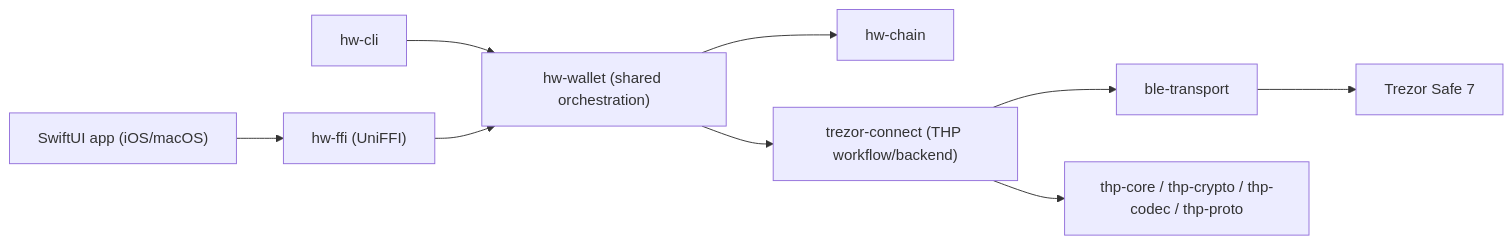
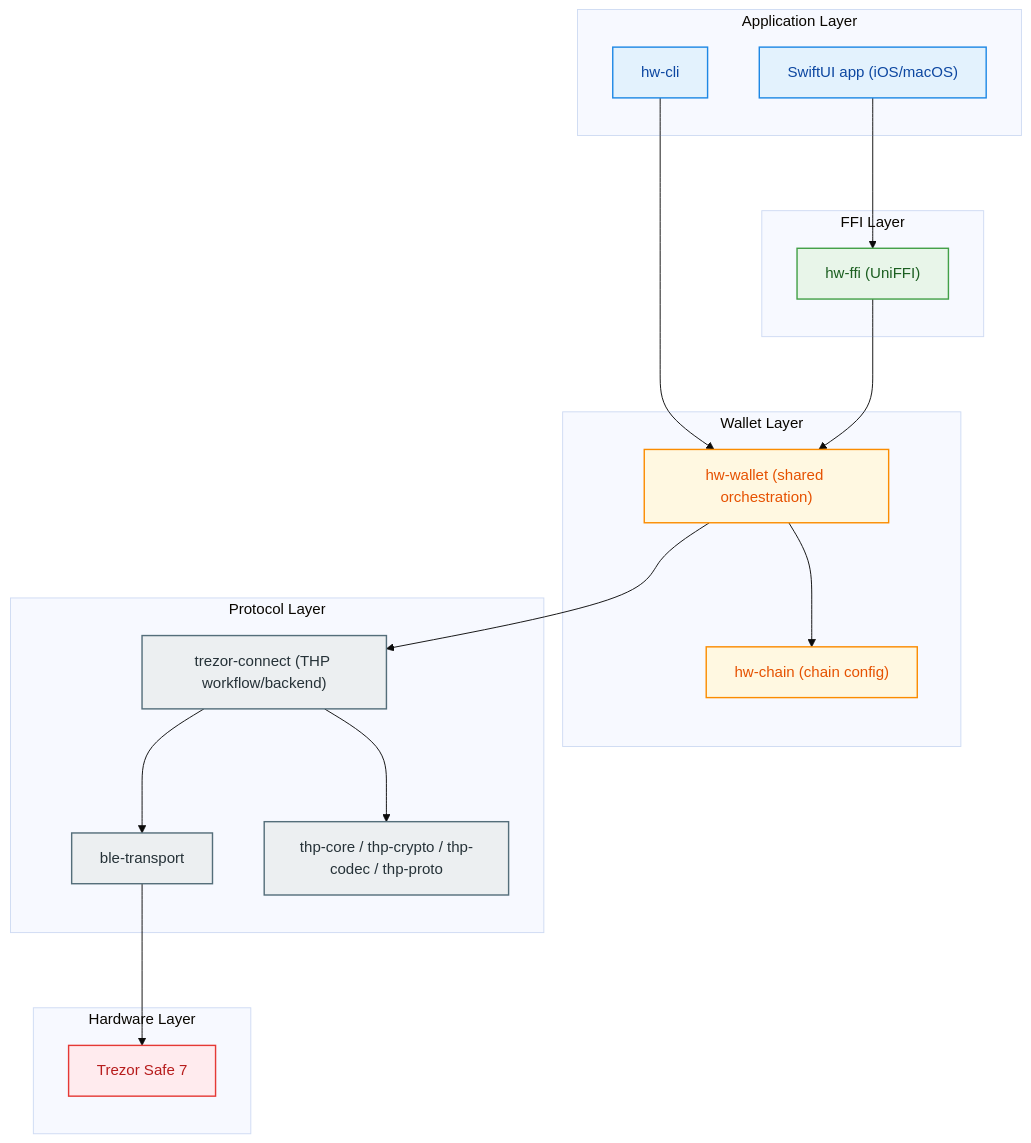
One commit to hewigovens/hw-core changed the diagram in README.md. Above: the diagram before and after it, drawn with Mermaid.

````diff
--- a/README.md
+++ b/README.md
@@ -23,21 +23,48 @@
 ```mermaid
-flowchart LR
-  CLI["hw-cli"]
-  APP["SwiftUI app (iOS/macOS)"]
-  FFI["hw-ffi (UniFFI)"]
-  WALLET["hw-wallet (shared orchestration)"]
-  CHAIN["hw-chain"]
-  CONNECT["trezor-connect (THP workflow/backend)"]
-  BLE["ble-transport"]
-  THP["thp-core / thp-crypto / thp-codec / thp-proto"]
-  DEVICE["Trezor Safe 7"]
+%%{init: {'theme':'base', 'flowchart': {'rankSpacing': 80, 'nodeSpacing': 55, 'curve': 'basis'}}}%%
+flowchart TB
+  subgraph L1["Application Layer"]
+    CLI["hw-cli"]
+    APP["SwiftUI app (iOS/macOS)"]
+  end
+
+  subgraph L2["FFI Layer"]
+    FFI["hw-ffi (UniFFI)"]
+  end
+
+  subgraph L3["Wallet Layer"]
+    WALLET["hw-wallet (shared orchestration)"]
+    CHAIN["hw-chain (chain config)"]
+  end
+
+  subgraph L4["Protocol Layer"]
+    CONNECT["trezor-connect (THP workflow/backend)"]
+    BLE["ble-transport"]
+    THP["thp-core / thp-crypto / thp-codec / thp-proto"]
+  end
+
+  subgraph L5["Hardware Layer"]
+    DEVICE["Trezor Safe 7"]
+  end
 
   CLI --> WALLET
   APP --> FFI
   FFI --> WALLET
   WALLET --> CHAIN
   WALLET --> CONNECT
   CONNECT --> BLE
   CONNECT --> THP
   BLE --> DEVICE
+
+  classDef appLayer fill:#E3F2FD,stroke:#1E88E5,color:#0D47A1,stroke-width:1.5px;
+  classDef ffiLayer fill:#E8F5E9,stroke:#43A047,color:#1B5E20,stroke-width:1.5px;
+  classDef walletLayer fill:#FFF8E1,stroke:#FB8C00,color:#E65100,stroke-width:1.5px;
+  classDef protoLayer fill:#ECEFF1,stroke:#546E7A,color:#263238,stroke-width:1.5px;
+  classDef hwLayer fill:#FFEBEE,stroke:#E53935,color:#B71C1C,stroke-width:1.5px;
+
+  class CLI,APP appLayer;
+  class FFI ffiLayer;
+  class WALLET,CHAIN walletLayer;
+  class CONNECT,BLE,THP protoLayer;
+  class DEVICE hwLayer;
 ```
````
